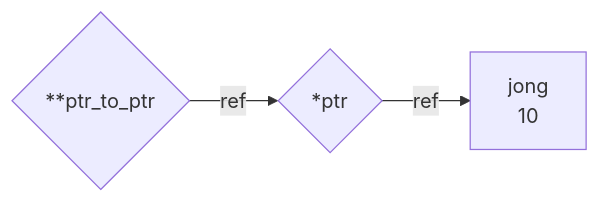
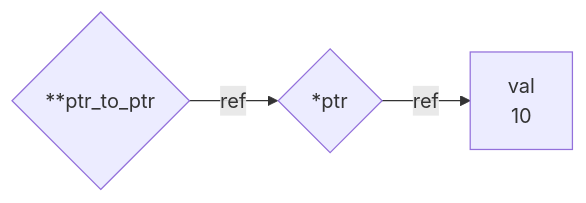
Before and after one commit to KULeuven-Diepenbeek/osc-course: the fifth of 6 diagrams in content/theory/c/chap2.md, drawn with Mermaid. The commit also changed other lines of this file and 2 other files, not shown here.

```diff
--- a/content/theory/c/chap2.md
+++ b/content/theory/c/chap2.md
@@ -97,5 +110,5 @@
 {{<mermaid>}}
 graph LR;
     A{"**ptr_to_ptr"} -->|ref| B{"*ptr"}
-    B --> |ref| C[jong<br/>10]
+    B --> |ref| C[val<br/>10]
 {{< /mermaid >}}
```
